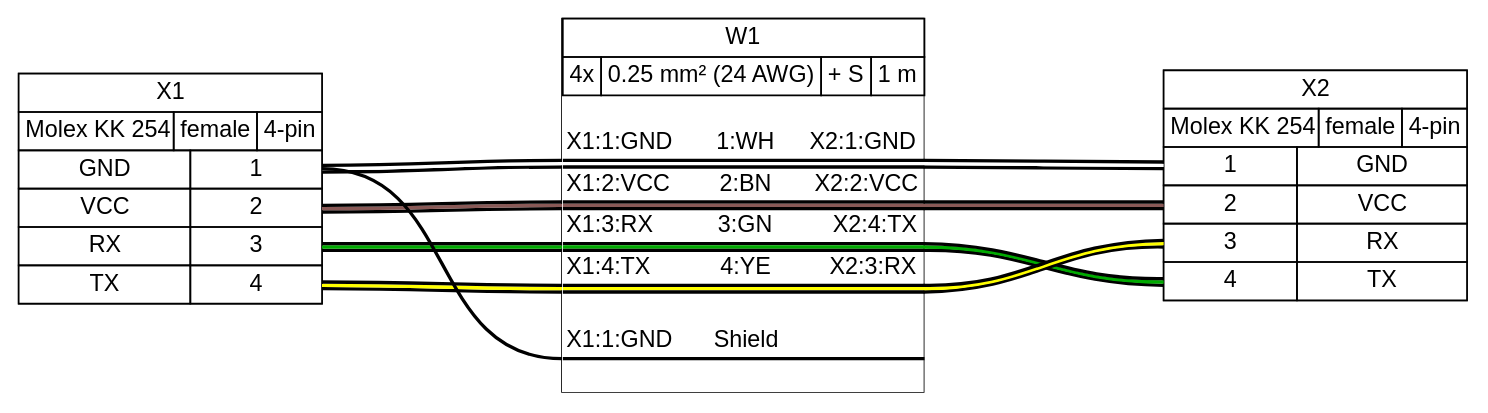
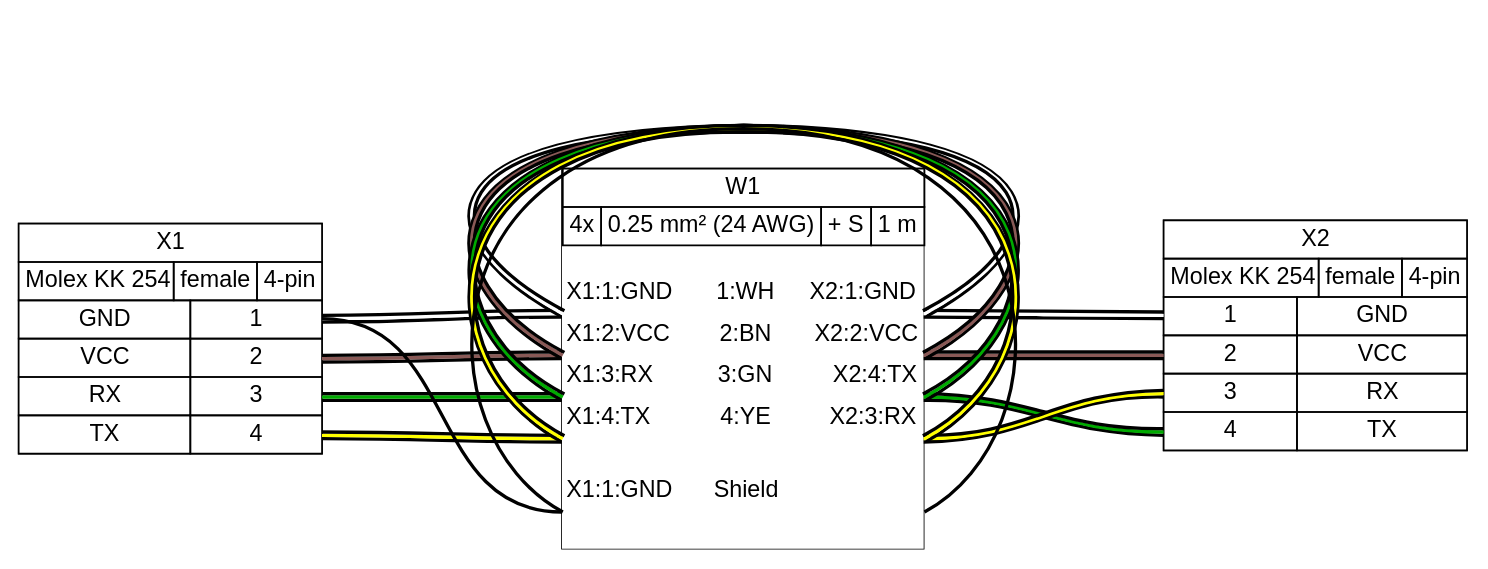
The diagram in tutorial/tutorial03.gv (tobiasfalk/WireViz), drawn with Graphviz before and after one commit. The commit also changed 137 other files, not shown here.

```diff
--- a/tutorial/tutorial03.gv
+++ b/tutorial/tutorial03.gv
@@ -133,19 +133,7 @@
      <td align="right">X2:1:GND </td>
     </tr>
     <tr>
-     <td border="0" cellspacing="0" cellpadding="0" colspan="5" height="6" port="w1">
-      <table border="0" cellborder="0" cellspacing="0">
-       <tr>
-        <td bgcolor="#000000" border="0" cellpadding="0" colspan="5" height="2"></td>
-       </tr>
-       <tr>
-        <td bgcolor="#FFFFFF" border="0" cellpadding="0" colspan="5" height="2"></td>
-       </tr>
-       <tr>
-        <td bgcolor="#000000" border="0" cellpadding="0" colspan="5" height="2"></td>
-       </tr>
-      </table>
-     </td>
+     <td border="0" cellspacing="0" cellpadding="0" colspan="5" height="6" port="w1"></td>
     </tr>
     <tr>
      <td align="left"> X1:2:VCC</td>
@@ -155,19 +143,7 @@
      <td align="right">X2:2:VCC </td>
     </tr>
     <tr>
-     <td border="0" cellspacing="0" cellpadding="0" colspan="5" height="6" port="w2">
-      <table border="0" cellborder="0" cellspacing="0">
-       <tr>
-        <td bgcolor="#000000" border="0" cellpadding="0" colspan="5" height="2"></td>
-       </tr>
-       <tr>
-        <td bgcolor="#895956" border="0" cellpadding="0" colspan="5" height="2"></td>
-       </tr>
-       <tr>
-        <td bgcolor="#000000" border="0" cellpadding="0" colspan="5" height="2"></td>
-       </tr>
-      </table>
-     </td>
+     <td border="0" cellspacing="0" cellpadding="0" colspan="5" height="6" port="w2"></td>
     </tr>
     <tr>
      <td align="left"> X1:3:RX</td>
@@ -177,19 +153,7 @@
      <td align="right">X2:4:TX </td>
     </tr>
     <tr>
-     <td border="0" cellspacing="0" cellpadding="0" colspan="5" height="6" port="w3">
-      <table border="0" cellborder="0" cellspacing="0">
-       <tr>
-        <td bgcolor="#000000" border="0" cellpadding="0" colspan="5" height="2"></td>
-       </tr>
-       <tr>
-        <td bgcolor="#00AA00" border="0" cellpadding="0" colspan="5" height="2"></td>
-       </tr>
-       <tr>
-        <td bgcolor="#000000" border="0" cellpadding="0" colspan="5" height="2"></td>
-       </tr>
-      </table>
-     </td>
+     <td border="0" cellspacing="0" cellpadding="0" colspan="5" height="6" port="w3"></td>
     </tr>
     <tr>
      <td align="left"> X1:4:TX</td>
@@ -199,19 +163,7 @@
      <td align="right">X2:3:RX </td>
     </tr>
     <tr>
-     <td border="0" cellspacing="0" cellpadding="0" colspan="5" height="6" port="w4">
-      <table border="0" cellborder="0" cellspacing="0">
-       <tr>
-        <td bgcolor="#000000" border="0" cellpadding="0" colspan="5" height="2"></td>
-       </tr>
-       <tr>
-        <td bgcolor="#FFFF00" border="0" cellpadding="0" colspan="5" height="2"></td>
-       </tr>
-       <tr>
-        <td bgcolor="#000000" border="0" cellpadding="0" colspan="5" height="2"></td>
-       </tr>
-      </table>
-     </td>
+     <td border="0" cellspacing="0" cellpadding="0" colspan="5" height="6" port="w4"></td>
     </tr>
     <tr>
      <td>&nbsp;</td>
@@ -224,13 +176,7 @@
      <td align="right"> </td>
     </tr>
     <tr>
-     <td border="0" cellspacing="0" cellpadding="0" colspan="5" height="2" port="w5">
-      <table border="0" cellborder="0" cellspacing="0">
-       <tr>
-        <td bgcolor="#000000" border="0" cellpadding="0" colspan="5" height="2"></td>
-       </tr>
-      </table>
-     </td>
+     <td border="0" cellspacing="0" cellpadding="0" colspan="5" height="6" port="w5"></td>
     </tr>
     <tr>
      <td>&nbsp;</td>
@@ -254,4 +200,9 @@
 	W1:w4:e -- X2:p3l:w
 	edge [color="#000000"]
 	X1:p1r:e -- W1:w5:w
+	W1:w1:e -- W1:w1:w [color="#000000:#FFFFFF:#000000" straight=straight]
+	W1:w2:e -- W1:w2:w [color="#000000:#895956:#000000" straight=straight]
+	W1:w3:e -- W1:w3:w [color="#000000:#00AA00:#000000" straight=straight]
+	W1:w4:e -- W1:w4:w [color="#000000:#FFFF00:#000000" straight=straight]
+	W1:w5:e -- W1:w5:w [color="#000000" straight=straight]
 }
```
